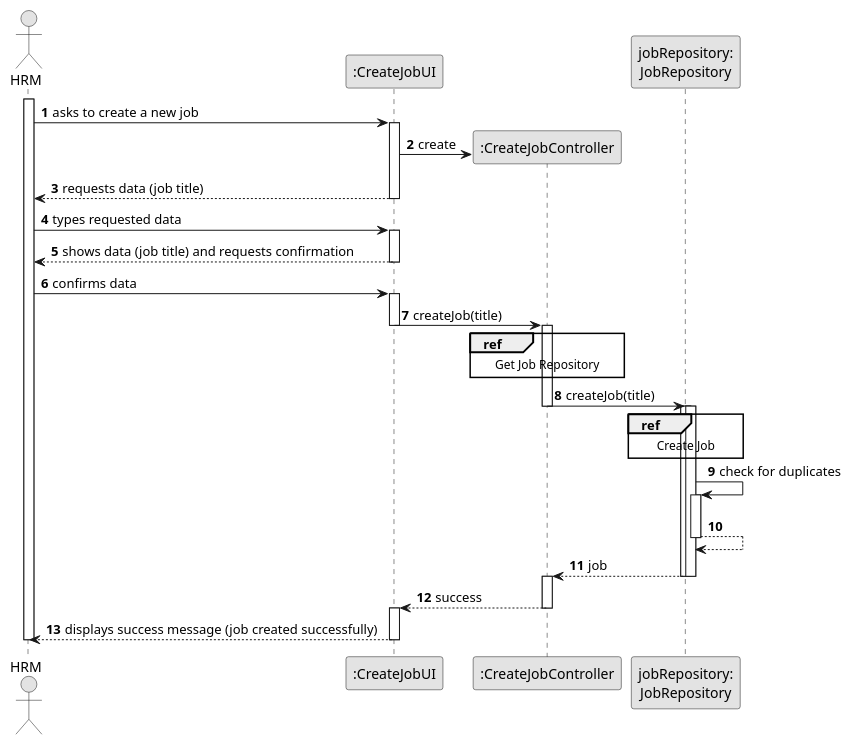
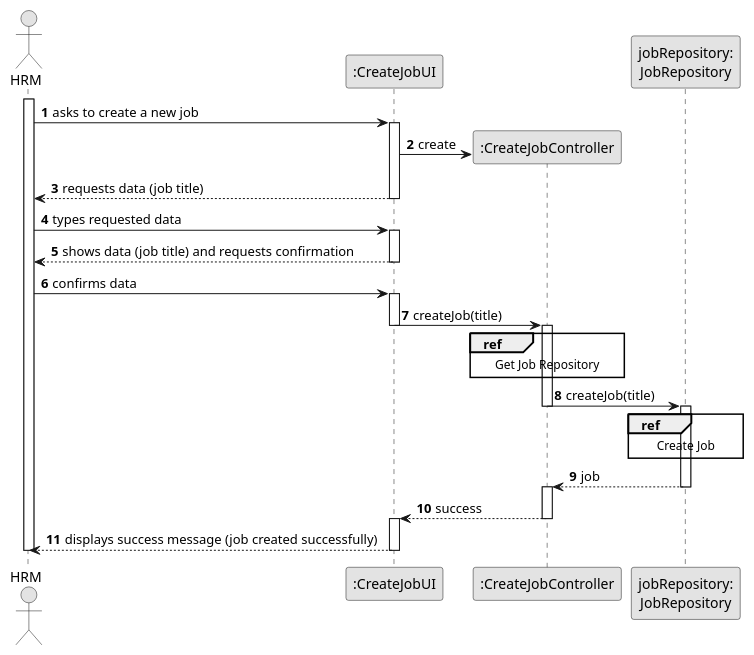
One commit to ricardomm7/leaflink changed the diagram in docs/sprintB/us002/03.design/puml/us002-sequence-diagram-split.puml. Above: the diagram before and after it, drawn with PlantUML. The commit also changed 30 other files, not shown here.

```diff
--- a/docs/sprintB/us002/03.design/puml/us002-sequence-diagram-split.puml
+++ b/docs/sprintB/us002/03.design/puml/us002-sequence-diagram-split.puml
@@ -1,67 +1,63 @@
 @startuml
 skinparam monochrome true
 skinparam packageStyle rectangle
 skinparam shadowing false
 
 autonumber
 
 'hide footbox
 actor "HRM" as Employee
 participant ":CreateJobUI" as UI
 participant ":CreateJobController" as CTRL
 participant "jobRepository:\nJobRepository" as jobRepository
 
 activate Employee
 
 Employee -> UI : asks to create a new job
 activate UI
 
 UI -> CTRL** : create
 
 UI --> Employee : requests data (job title)
 deactivate UI
 
 Employee -> UI : types requested data
 activate UI
 
 UI --> Employee : shows data (job title) and requests confirmation
 deactivate UI
 
 Employee -> UI : confirms data
 activate UI
 
 UI -> CTRL : createJob(title)
 deactivate UI
 activate CTRL
         ref over CTRL
             Get Job Repository
         end ref
 
 CTRL -> jobRepository : createJob(title)
 deactivate CTRL
 activate jobRepository
 
         ref over jobRepository
             Create Job
         end ref
 
-    activate jobRepository
-    jobRepository -> jobRepository : check for duplicates
-    activate jobRepository
-    jobRepository --> jobRepository
     deactivate jobRepository
 
 jobRepository --> CTRL : job
 deactivate jobRepository
 activate CTRL
 deactivate jobRepository
 
 CTRL --> UI : success
 deactivate CTRL
 activate UI
 UI --> Employee : displays success message (job created successfully)
 
 deactivate UI
 deactivate Employee
 
 @enduml
```
